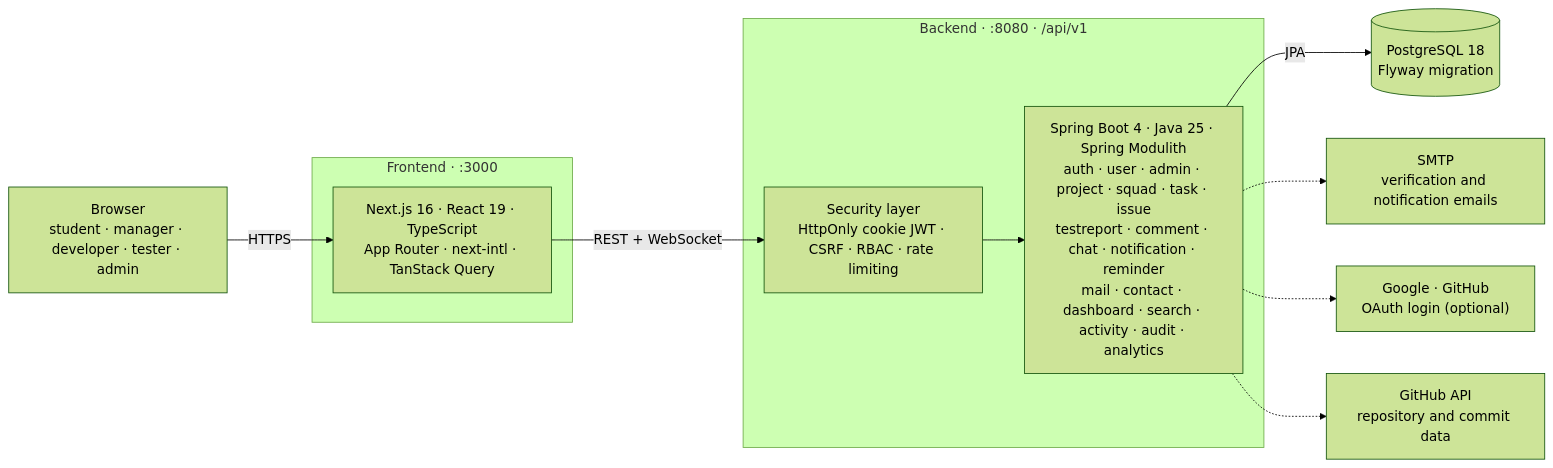
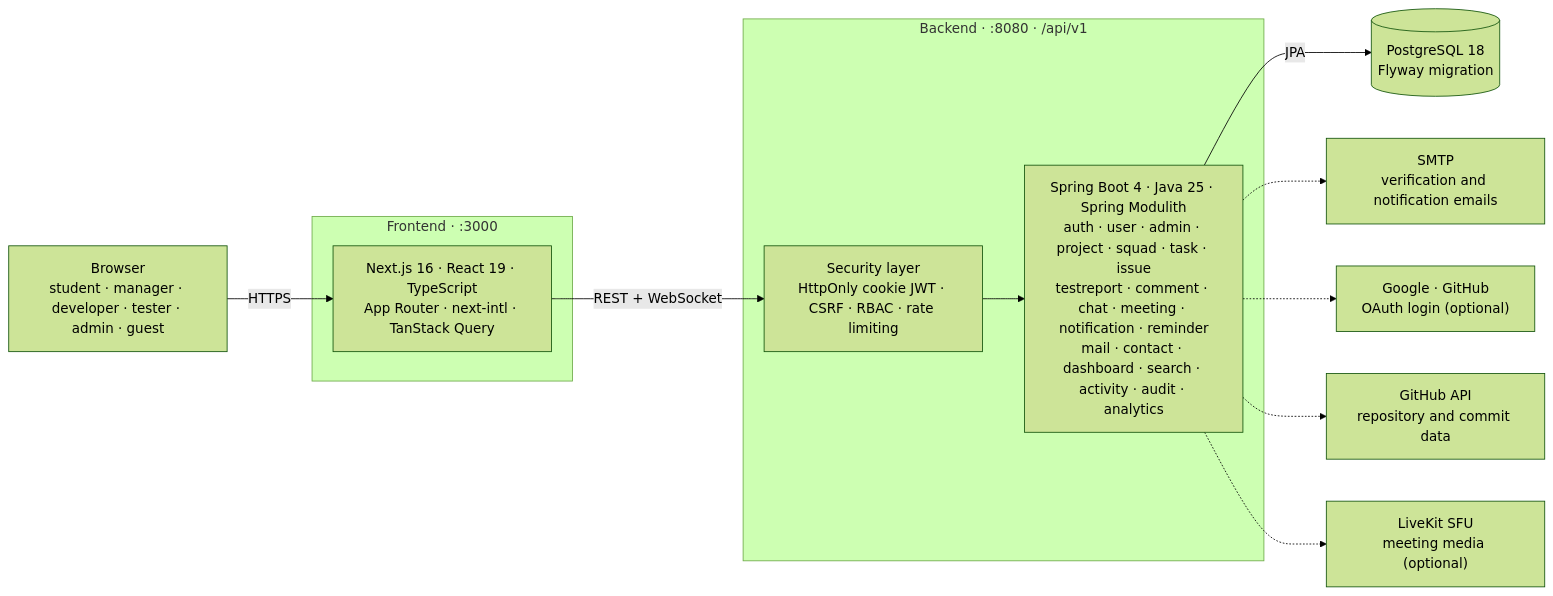
Before and after one commit to alperrte/project-delivery-assistant: the diagram in README_EN.md, drawn with Mermaid (forest theme). The commit also changed other lines of this file and 22 other files, not shown here.

````diff
--- a/README_EN.md
+++ b/README_EN.md
@@ -231,26 +316,28 @@
 ```mermaid
 flowchart LR
-    user["Browser<br/>student · manager · developer · tester · admin"]
+    user["Browser<br/>student · manager · developer · tester · admin · guest"]
 
     subgraph fe["Frontend · :3000"]
         next["Next.js 16 · React 19 · TypeScript<br/>App Router · next-intl · TanStack Query"]
     end
 
     subgraph be["Backend · :8080 · /api/v1"]
         sec["Security layer<br/>HttpOnly cookie JWT · CSRF · RBAC · rate limiting"]
-        mods["Spring Boot 4 · Java 25 · Spring Modulith<br/>auth · user · admin · project · squad · task · issue<br/>testreport · comment · chat · notification · reminder<br/>mail · contact · dashboard · search · activity · audit · analytics"]
+        mods["Spring Boot 4 · Java 25 · Spring Modulith<br/>auth · user · admin · project · squad · task · issue<br/>testreport · comment · chat · meeting · notification · reminder<br/>mail · contact · dashboard · search · activity · audit · analytics"]
         sec --> mods
     end
 
     db[("PostgreSQL 18<br/>Flyway migration")]
     smtp["SMTP<br/>verification and notification emails"]
     oauth["Google · GitHub<br/>OAuth login (optional)"]
     gh["GitHub API<br/>repository and commit data"]
+    lk["LiveKit SFU<br/>meeting media (optional)"]
 
     user -->|HTTPS| next
     next -->|"REST + WebSocket"| sec
     mods -->|JPA| db
     mods -.-> smtp
     mods -.-> oauth
     mods -.-> gh
+    mods -.-> lk
 ```
````
